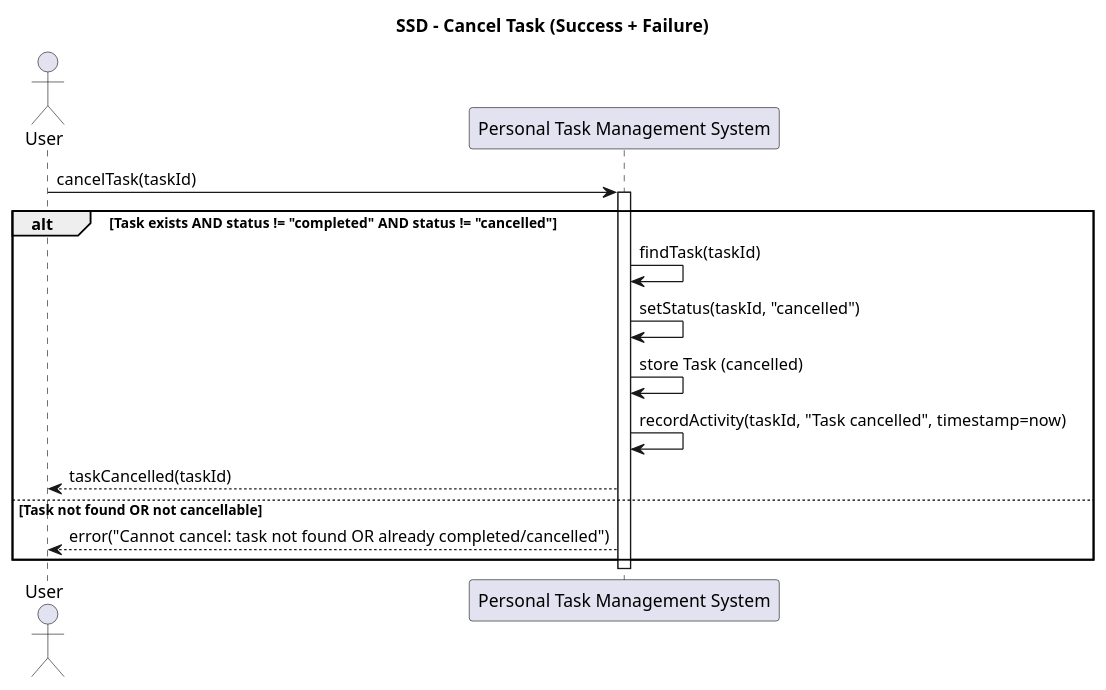
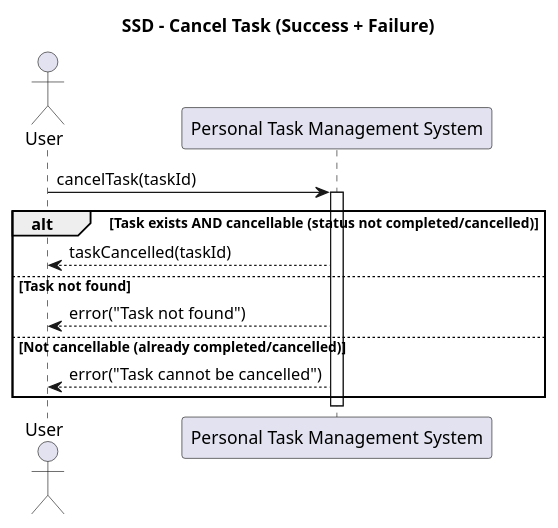
Before and after one commit to t-mandam/SOEN_342_Group_Project: the diagram in Iteration_01/SSD/cancel_task_ssd.plantuml, drawn with PlantUML.

```diff
--- a/Iteration_01/SSD/cancel_task_ssd.plantuml
+++ b/Iteration_01/SSD/cancel_task_ssd.plantuml
@@ -1,21 +1,19 @@
 @startuml
 title SSD - Cancel Task (Success + Failure)
 
 actor User
 participant "Personal Task Management System" as System
 
 User -> System: cancelTask(taskId)
 activate System
 
-alt Task exists AND status != "completed" AND status != "cancelled"
-  System -> System: findTask(taskId)
-  System -> System: setStatus(taskId, "cancelled")
-  System -> System: store Task (cancelled)
-  System -> System: recordActivity(taskId, "Task cancelled", timestamp=now)
+alt Task exists AND cancellable (status not completed/cancelled)
   System --> User: taskCancelled(taskId)
-else Task not found OR not cancellable
-  System --> User: error("Cannot cancel: task not found OR already completed/cancelled")
+else Task not found
+  System --> User: error("Task not found")
+else Not cancellable (already completed/cancelled)
+  System --> User: error("Task cannot be cancelled")
 end
 
 deactivate System
 @enduml
```
